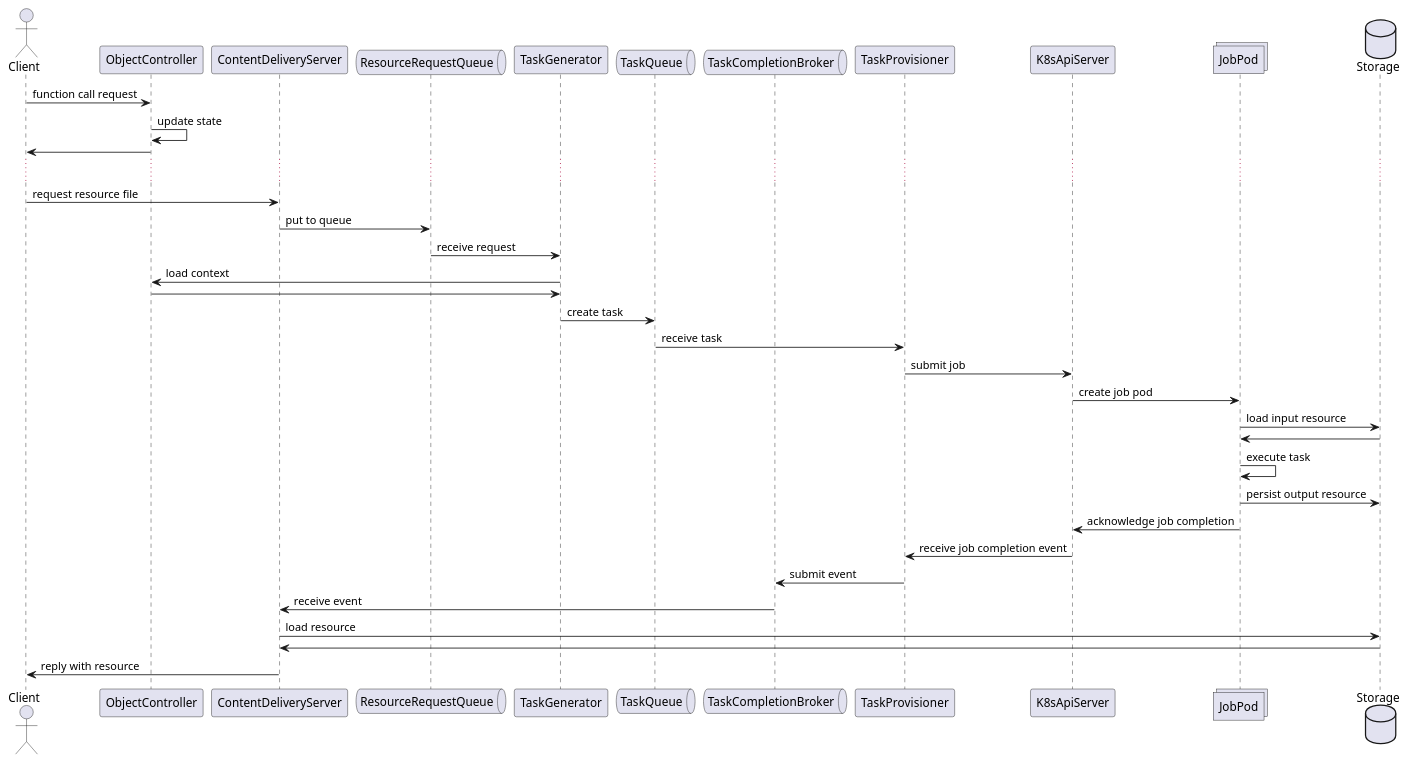
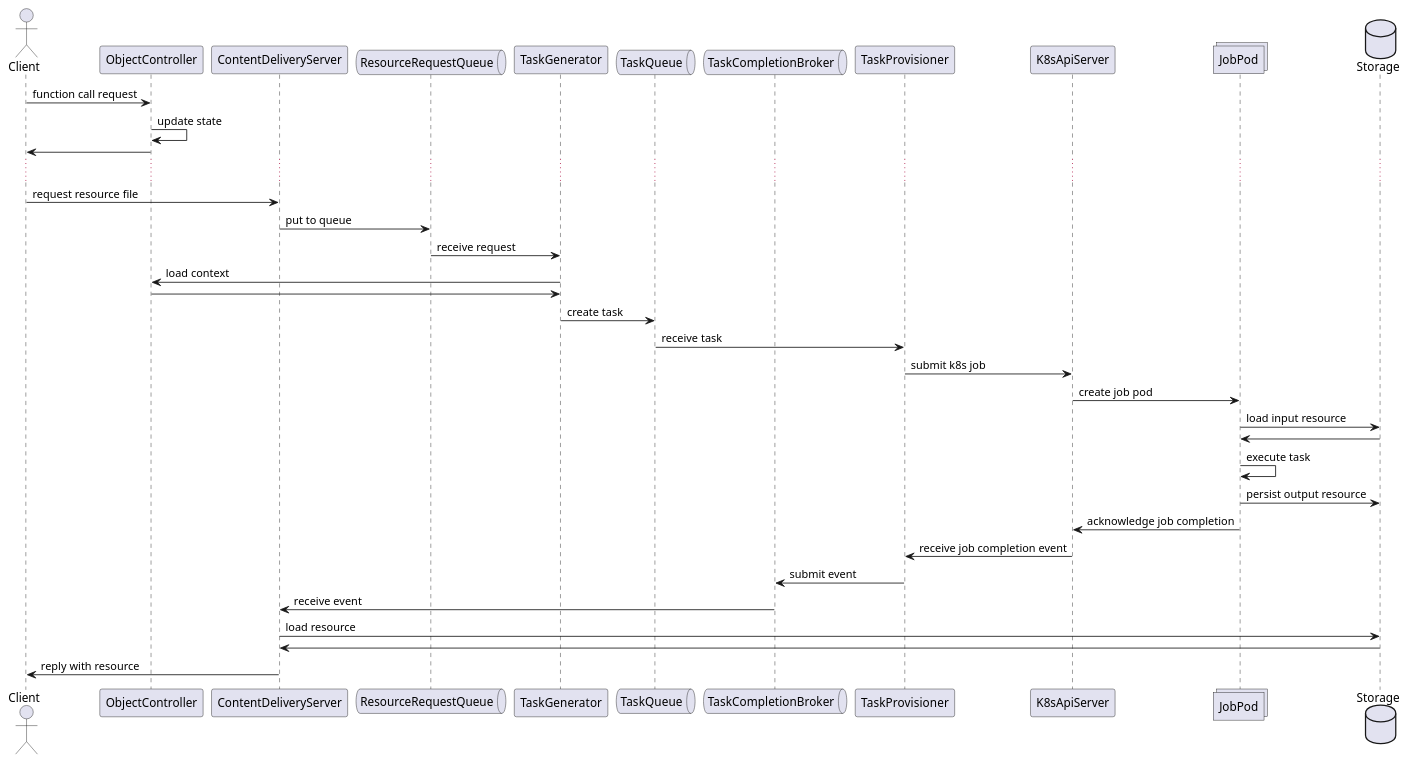
One commit to hpcclab/OaaS changed the diagram in doc/diagrams/oaas_reactive_flow.puml. Above: the diagram before and after it, drawn with PlantUML. The commit also changed 22 other files, not shown here.

```diff
--- a/doc/diagrams/oaas_reactive_flow.puml
+++ b/doc/diagrams/oaas_reactive_flow.puml
@@ -1,42 +1,42 @@
 @startuml
 'https://plantuml.com/sequence-diagram
 
 
 actor Client
 participant ObjectController
 participant ContentDeliveryServer
 queue ResourceRequestQueue
 participant TaskGenerator
 queue TaskQueue
 queue TaskCompletionBroker
 participant TaskProvisioner
 participant K8sApiServer
 collections JobPod
 database Storage
 
 
 Client -> ObjectController: function call request
 ObjectController -> ObjectController: update state
 ObjectController -> Client:
 ...
 Client -> ContentDeliveryServer: request resource file
 ContentDeliveryServer -> ResourceRequestQueue: put to queue
 ResourceRequestQueue -> TaskGenerator: receive request
 TaskGenerator -> ObjectController: load context
 ObjectController -> TaskGenerator:
 TaskGenerator -> TaskQueue: create task
 TaskQueue -> TaskProvisioner: receive task
-TaskProvisioner -> K8sApiServer: submit job
+TaskProvisioner -> K8sApiServer: submit k8s job
 K8sApiServer -> JobPod: create job pod
 JobPod -> Storage: load input resource
 Storage -> JobPod
 JobPod -> JobPod: execute task
 JobPod -> Storage: persist output resource
 JobPod -> K8sApiServer: acknowledge job completion
 K8sApiServer -> TaskProvisioner: receive job completion event
 TaskProvisioner -> TaskCompletionBroker: submit event
 TaskCompletionBroker -> ContentDeliveryServer: receive event
 ContentDeliveryServer -> Storage: load resource
 Storage -> ContentDeliveryServer:
 ContentDeliveryServer -> Client: reply with resource
 @enduml
```
